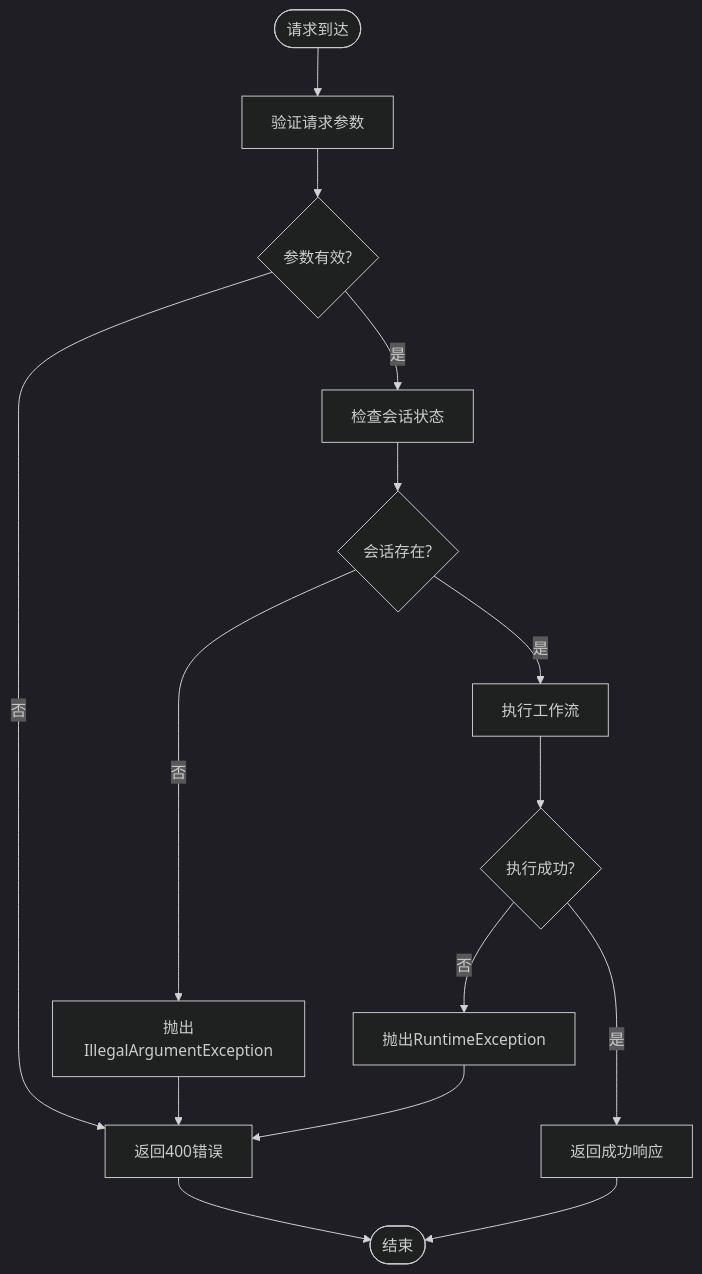
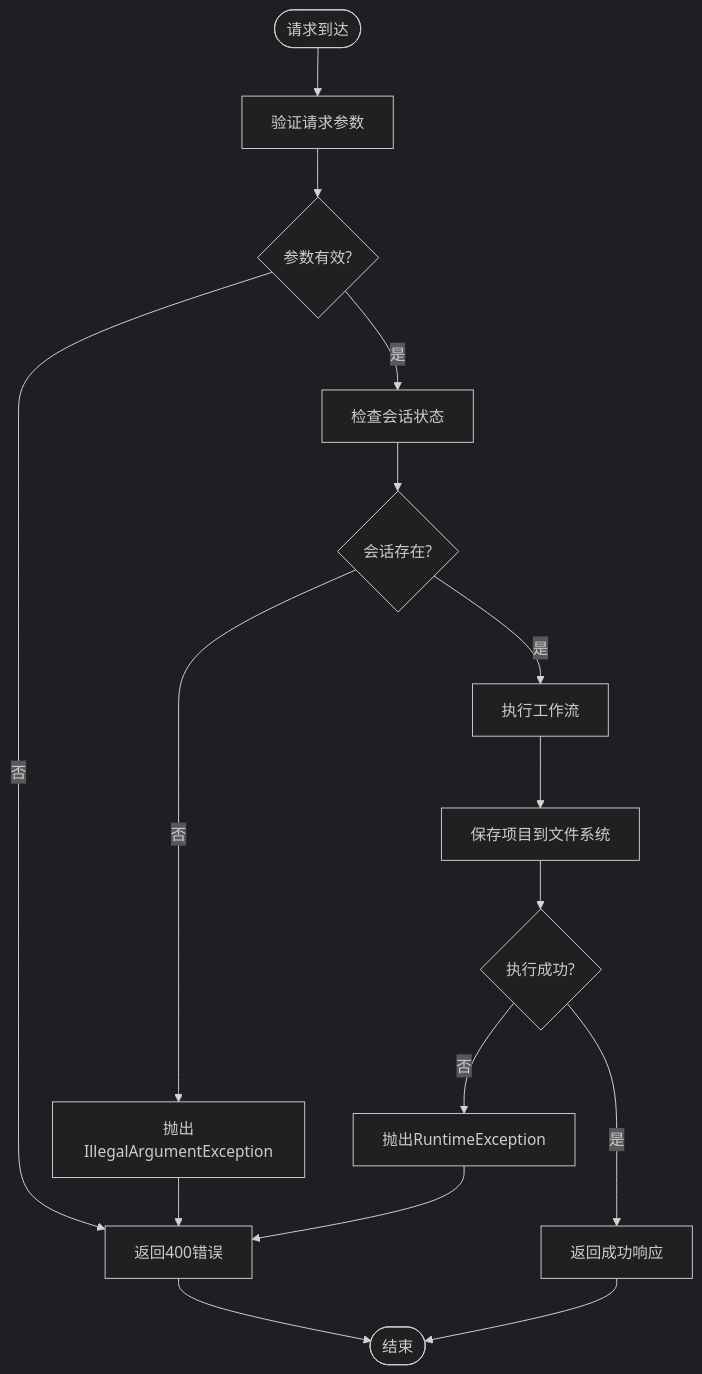
The fourth of 7 diagrams in .qoder/repowiki/zh/content/API接口文档.md (CyanYuKi/WebSiteFrontendCodeMother), drawn with Mermaid (dark theme) before and after one commit. The commit also changed other lines of this file and 5 other files, not shown here.

````diff
--- a/.qoder/repowiki/zh/content/API接口文档.md
+++ b/.qoder/repowiki/zh/content/API接口文档.md
@@ -342,17 +514,18 @@
 ```mermaid
 flowchart TD
 Start([请求到达]) --> Validate["验证请求参数"]
 Validate --> ParamValid{"参数有效?"}
 ParamValid --> |否| ReturnError["返回400错误"]
 ParamValid --> |是| CheckSession["检查会话状态"]
 CheckSession --> SessionExists{"会话存在?"}
 SessionExists --> |否| SessionError["抛出IllegalArgumentException"]
 SessionExists --> |是| Execute["执行工作流"]
-Execute --> Success{"执行成功?"}
+Execute --> SaveProject["保存项目到文件系统"]
+SaveProject --> Success{"执行成功?"}
 Success --> |否| WorkflowError["抛出RuntimeException"]
 Success --> |是| ReturnSuccess["返回成功响应"]
 SessionError --> ReturnError
 WorkflowError --> ReturnError
 ReturnError --> End([结束])
 ReturnSuccess --> End
 ```
````
